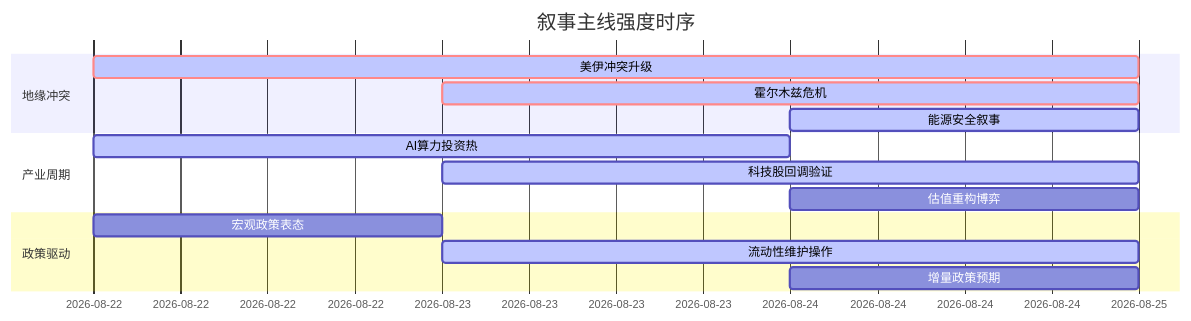
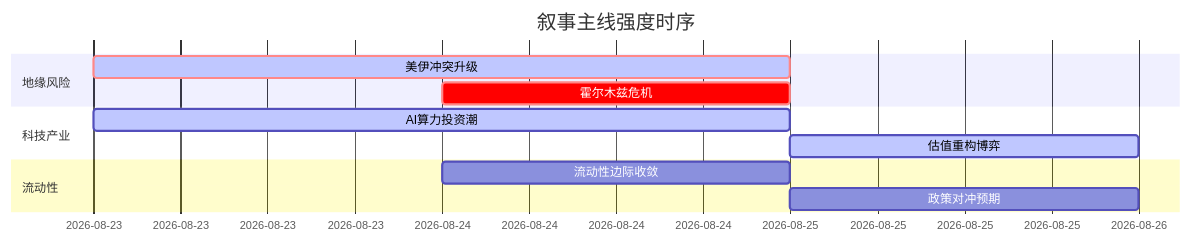
One commit to uu5zn/uu5zn.github.io changed the diagram in 5day_report.md. Above: the diagram before and after it, drawn with Mermaid. The commit also changed other lines of this file and 21 other files, not shown here.

````diff
--- a/5day_report.md
+++ b/5day_report.md
@@ -57,19 +58,16 @@
 ```mermaid
 gantt
     title 叙事主线强度时序
     dateFormat YYYY-MM-DD
-    section 地缘冲突
-    美伊冲突升级     :crit, active, 2026-08-22, 3d
-    霍尔木兹危机     :crit, active, 2026-08-23, 2d
-    能源安全叙事     :active, 2026-08-24, 1d
+    section 地缘风险
+    美伊冲突升级   :crit, active, 2026-08-23, 2d
+    霍尔木兹危机   :crit, 2026-08-24, 1d
     
-    section 产业周期
-    AI算力投资热     :active, 2026-08-22, 2d
-    科技股回调验证   :active, 2026-08-23, 2d
-    估值重构博弈     :2026-08-24, 1d
+    section 科技产业
+    AI算力投资潮   :active, 2026-08-23, 2d
+    估值重构博弈   :active, 2026-08-25, 1d
     
-    section 政策驱动
-    宏观政策表态     :2026-08-22, 1d
-    流动性维护操作   :active, 2026-08-23, 2d
-    增量政策预期     :2026-08-24, 1d
+    section 流动性
+    流动性边际收敛  :2026-08-24, 1d
+    政策对冲预期   :2026-08-25, 1d
 ```
````
